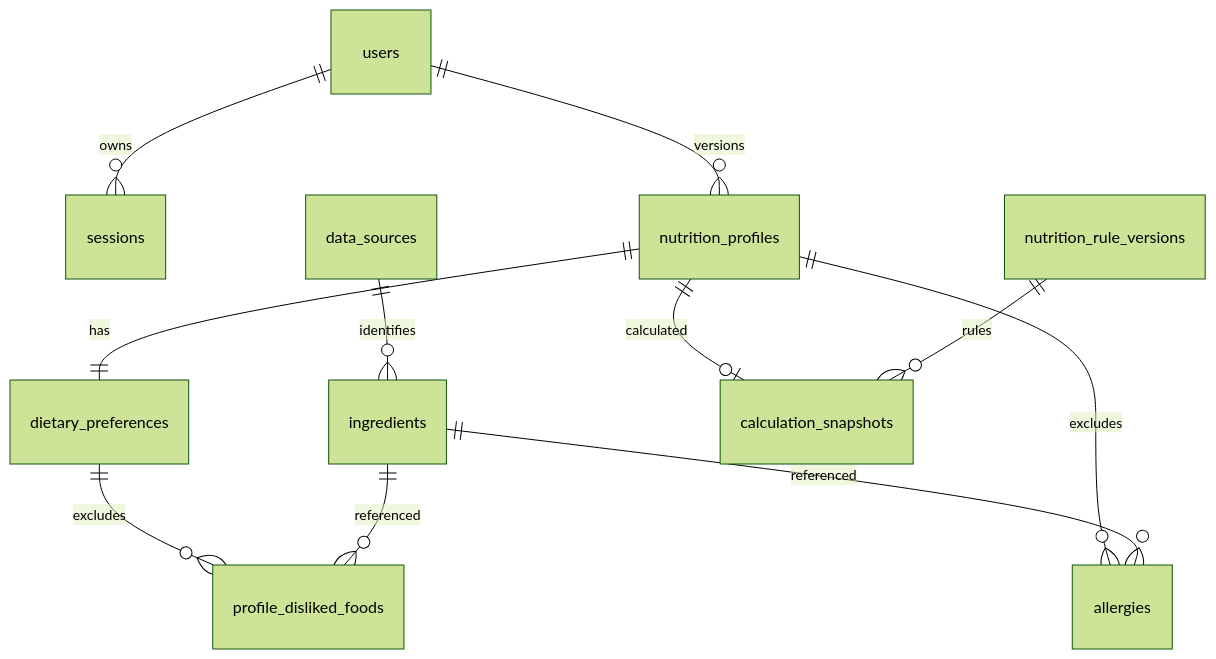
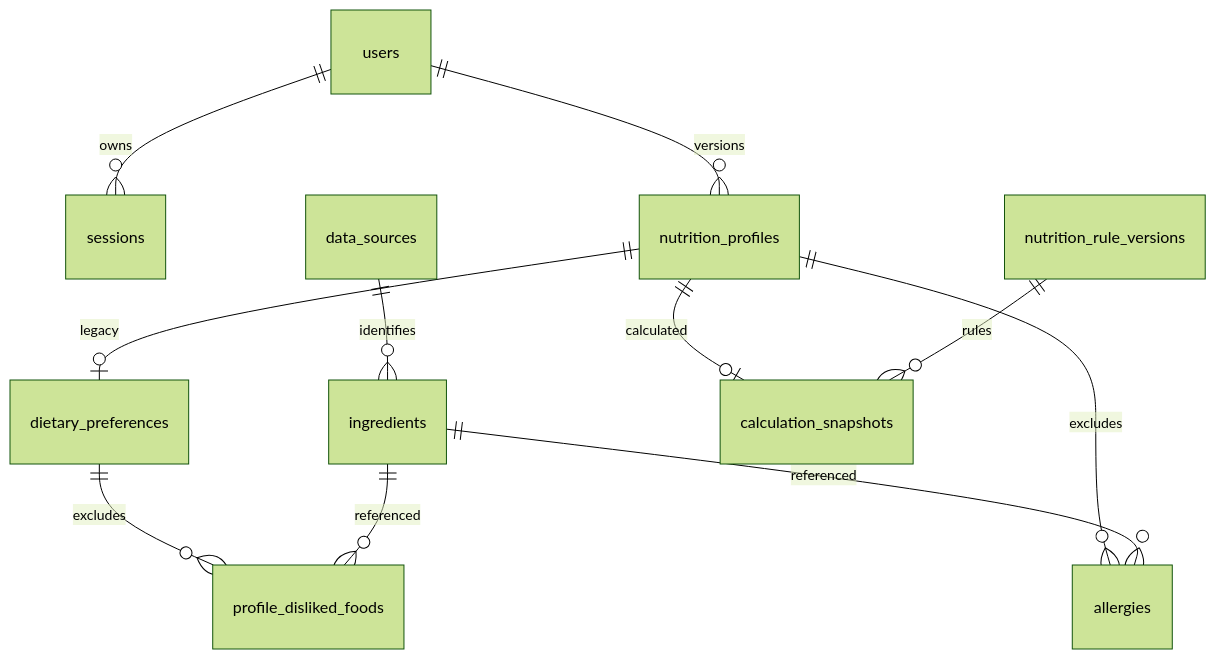
One commit to minhquan2955/Nutrition-Planner-with-chatbot changed the third of 3 diagrams in docs/PHASE1.md. Above: the diagram before and after it, drawn with Mermaid (forest theme). The commit also changed other lines of this file and 17 other files, not shown here.

````diff
--- a/docs/PHASE1.md
+++ b/docs/PHASE1.md
@@ -56,13 +56,13 @@
 ```mermaid
 erDiagram
     users ||--o{ sessions : owns
     users ||--o{ nutrition_profiles : versions
-    nutrition_profiles ||--|| dietary_preferences : has
+    nutrition_profiles ||--o| dietary_preferences : legacy
     nutrition_profiles ||--o{ allergies : excludes
     dietary_preferences ||--o{ profile_disliked_foods : excludes
     data_sources ||--o{ ingredients : identifies
     ingredients ||--o{ allergies : referenced
     ingredients ||--o{ profile_disliked_foods : referenced
     nutrition_profiles ||--o| calculation_snapshots : calculated
     nutrition_rule_versions ||--o{ calculation_snapshots : rules
 ```
````
